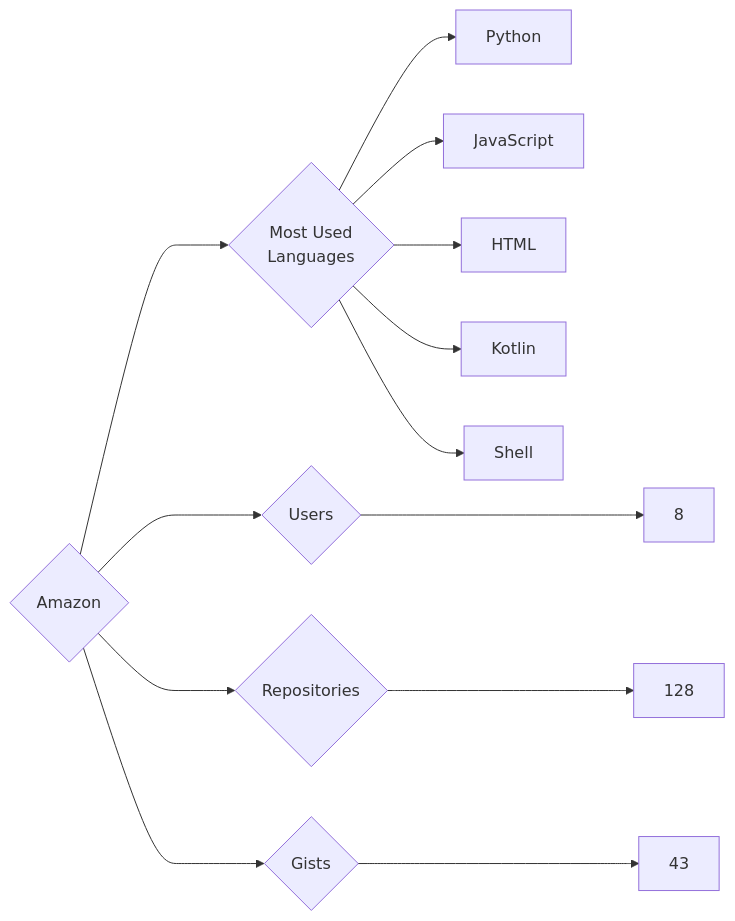
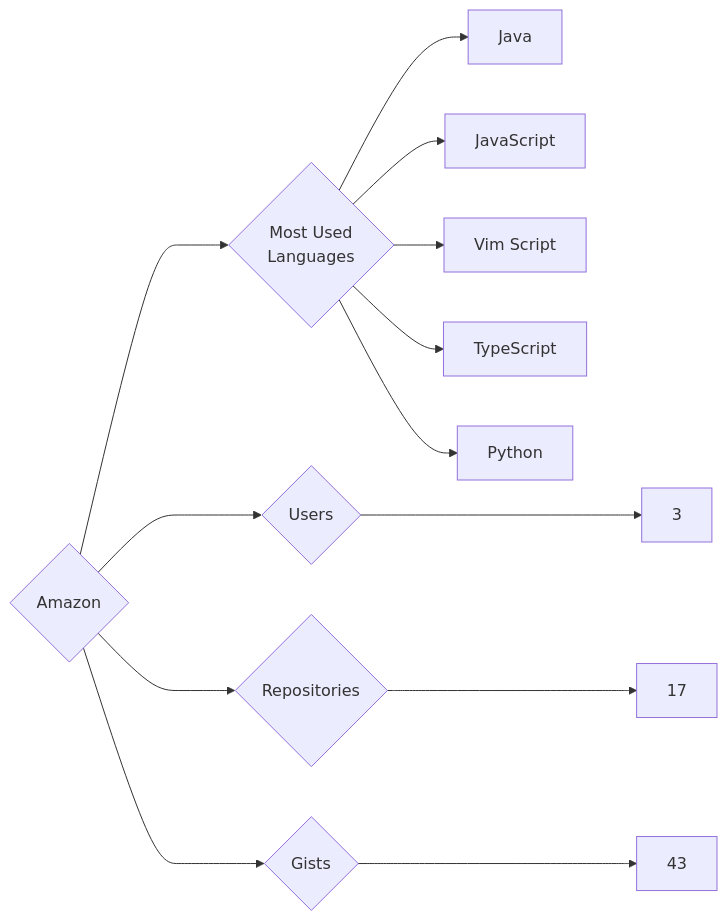
The diagram in targets/Amazon/README.md (trickest/insiders), drawn with Mermaid before and after one commit. The commit also changed 1170 other files, not shown here.

````diff
--- a/targets/Amazon/README.md
+++ b/targets/Amazon/README.md
@@ -3,13 +3,13 @@
 ```mermaid
 graph LR
 COMPANY_NAME{Amazon}
-COMPANY_NAME ---> U{Users} ---> UN[8]
-COMPANY_NAME ---> R{Repositories} ---> RN[128]
+COMPANY_NAME ---> U{Users} ---> UN[3]
+COMPANY_NAME ---> R{Repositories} ---> RN[17]
 COMPANY_NAME ---> G{Gists} ---> GN[43]
 COMPANY_NAME ---> ML{Most Used<br>Languages}
+ML --> Java[Java]
+ML --> JavaScript[JavaScript]
+ML --> Vim_Script[Vim Script]
+ML --> TypeScript[TypeScript]
 ML --> Python[Python]
-ML --> JavaScript[JavaScript]
-ML --> HTML[HTML]
-ML --> Kotlin[Kotlin]
-ML --> Shell[Shell]
 ```
````
